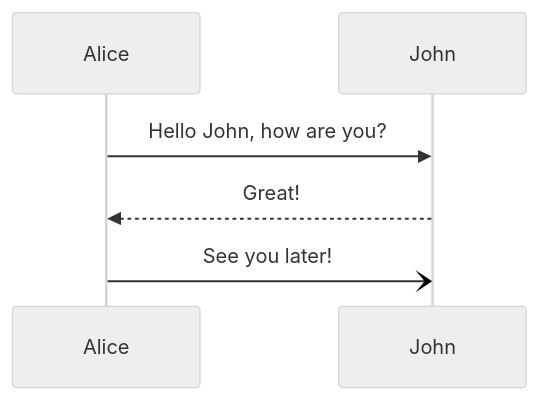
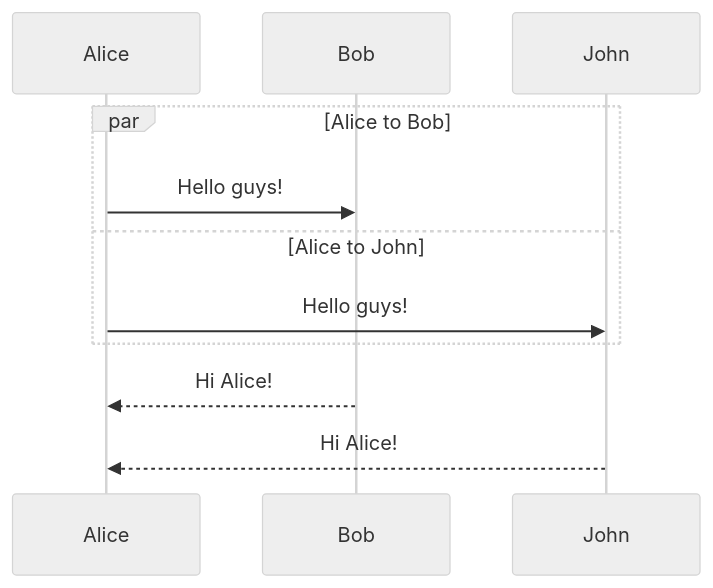
The first of 2 diagrams in blog/unity/tutorial/index.md (Jianyao17/blog-coding-2025), drawn with Mermaid (neutral theme) before and after one commit. The commit also changed other lines of this file and 4 other files, not shown here.

Commit message:
fix diagram code handling at mermaid component

````diff
--- a/blog/unity/tutorial/index.md
+++ b/blog/unity/tutorial/index.md
@@ -90,7 +90,10 @@
 ```mermaid
 sequenceDiagram
-    Alice->>John: Hello John, how are you?
-    John-->>Alice: Great!
-    Alice-)John: See you later!
-
+    par Alice to Bob
+        Alice->>Bob: Hello guys!
+    and Alice to John
+        Alice->>John: Hello guys!
+    end
+    Bob-->>Alice: Hi Alice! 
+    John-->>Alice: Hi Alice! 
 ```
````
